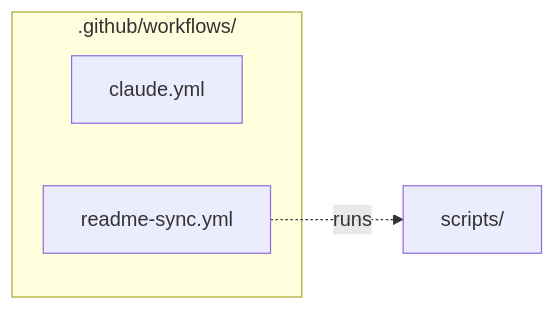
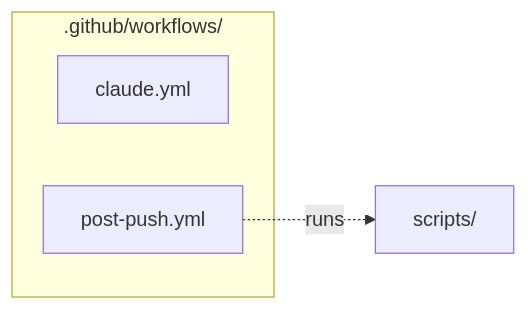
One commit to drsanjna/cardiac-imaging-medicare changed the diagram in .github/workflows/README.md. Above: the diagram before and after it, drawn with Mermaid. The commit also changed other lines of this file and 62 other files, not shown here.

````diff
--- a/.github/workflows/README.md
+++ b/.github/workflows/README.md
@@ -11,9 +11,9 @@
 ```mermaid
 flowchart LR
   subgraph here[".github/workflows/"]
     n_claude_yml["claude.yml"]
-    n_readme_sync_yml["readme-sync.yml"]
+    n_post_push_yml["post-push.yml"]
   end
   n_scripts_["scripts/"]
-  n_readme_sync_yml -. runs .-> n_scripts_
+  n_post_push_yml -. runs .-> n_scripts_
 ```
````
